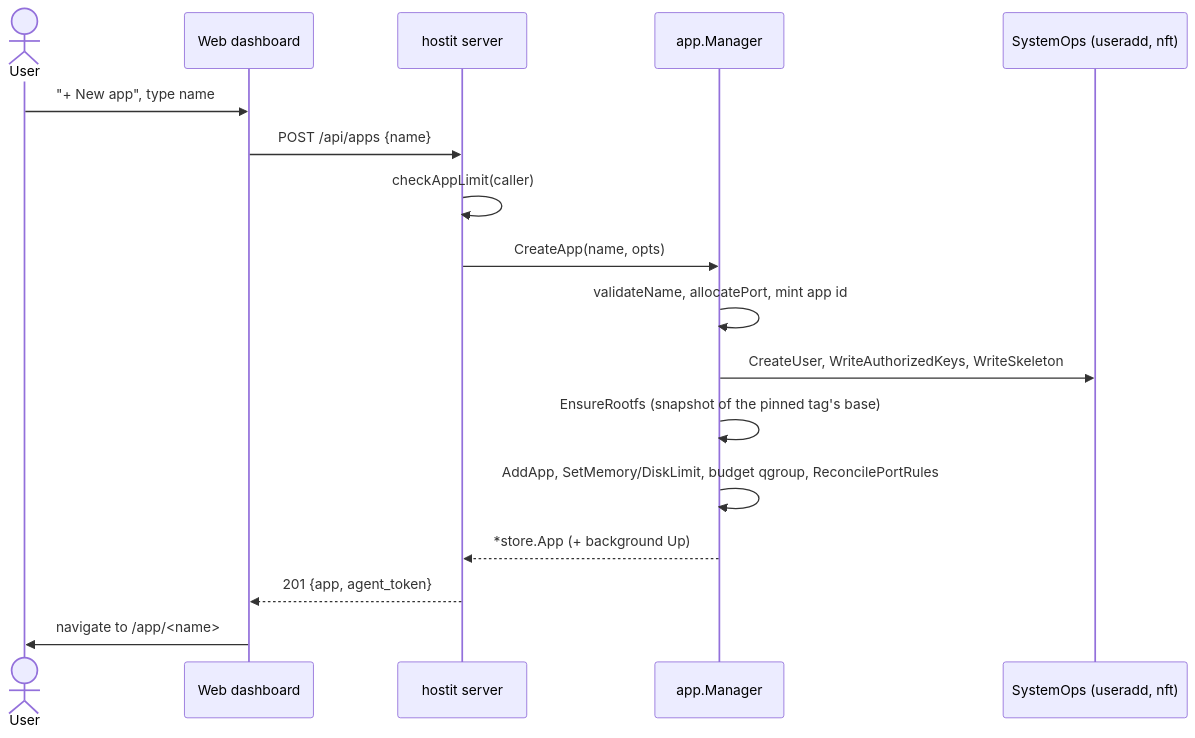
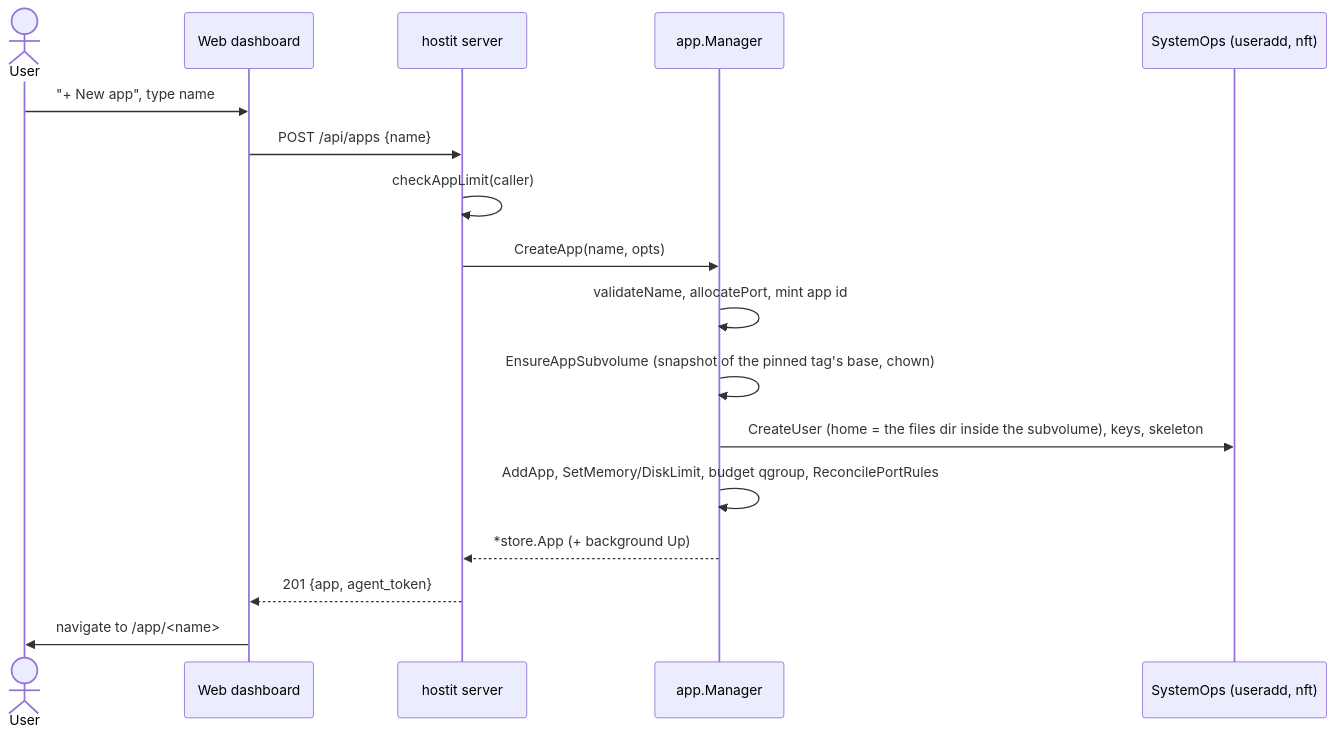
One commit to binwiederhier/hostit changed the diagram in docs/features/apps-lifecycle.md. Above: the diagram before and after it, drawn with Mermaid. The commit also changed other lines of this file and 21 other files, not shown here.

````diff
--- a/docs/features/apps-lifecycle.md
+++ b/docs/features/apps-lifecycle.md
@@ -42,19 +42,19 @@
 ```mermaid
 sequenceDiagram
     actor User
     participant Dashboard as Web dashboard
     participant Server as hostit server
     participant Manager as app.Manager
     participant OS as SystemOps (useradd, nft)
     User->>Dashboard: "+ New app", type name
     Dashboard->>Server: POST /api/apps {name}
     Server->>Server: checkAppLimit(caller)
     Server->>Manager: CreateApp(name, opts)
     Manager->>Manager: validateName, allocatePort, mint app id
-    Manager->>OS: CreateUser, WriteAuthorizedKeys, WriteSkeleton
-    Manager->>Manager: EnsureRootfs (snapshot of the pinned tag's base)
+    Manager->>Manager: EnsureAppSubvolume (snapshot of the pinned tag's base, chown)
+    Manager->>OS: CreateUser (home = the files dir inside the subvolume), keys, skeleton
     Manager->>Manager: AddApp, SetMemory/DiskLimit, budget qgroup, ReconcilePortRules
     Manager-->>Server: *store.App (+ background Up)
     Server-->>Dashboard: 201 {app, agent_token}
     Dashboard->>User: navigate to /app/<name>
 ```
````
